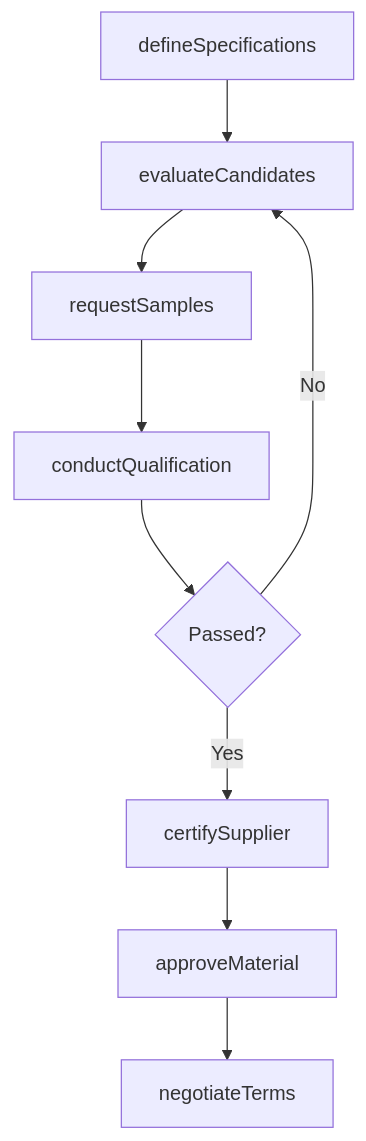
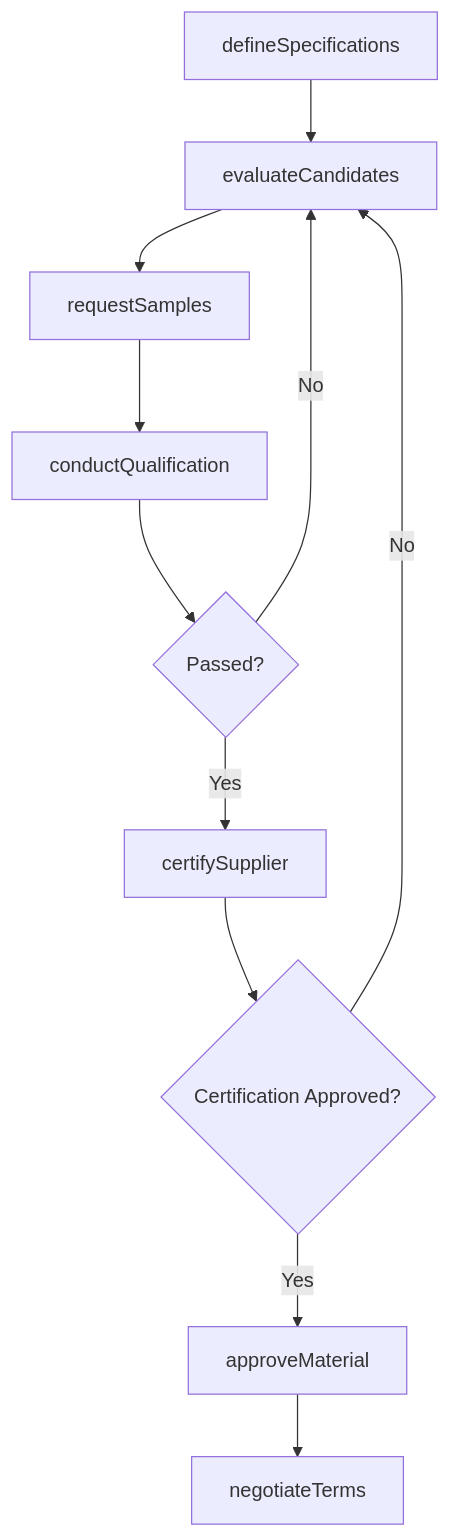
One commit to dot-org-ai/tasks.org.ai changed the third of 4 diagrams in MakingDecisionsAndSolvingProblems/SelectMaterialsOrEquipmentForOperationsOrProjects/SelectProductionInputMaterials.mdx. Above: the diagram before and after it, drawn with Mermaid. The commit also changed other lines of this file and 71 other files, not shown here.

Commit message:
feat: Add ER diagrams, state diagrams to 72 more DWA task files (wave 2 continued)

````diff
--- a/MakingDecisionsAndSolvingProblems/SelectMaterialsOrEquipmentForOperationsOrProjects/SelectProductionInputMaterials.mdx
+++ b/MakingDecisionsAndSolvingProblems/SelectMaterialsOrEquipmentForOperationsOrProjects/SelectProductionInputMaterials.mdx
@@ -85,11 +112,13 @@
 ```mermaid
 graph TD
     A[defineSpecifications] --> B[evaluateCandidates]
     B --> C[requestSamples]
     C --> D[conductQualification]
     D --> E{Passed?}
     E -->|Yes| F[certifySupplier]
     E -->|No| B
-    F --> G[approveMaterial]
-    G --> H[negotiateTerms]
+    F --> G{Certification Approved?}
+    G -->|Yes| H[approveMaterial]
+    G -->|No| B
+    H --> I[negotiateTerms]
 ```
````
